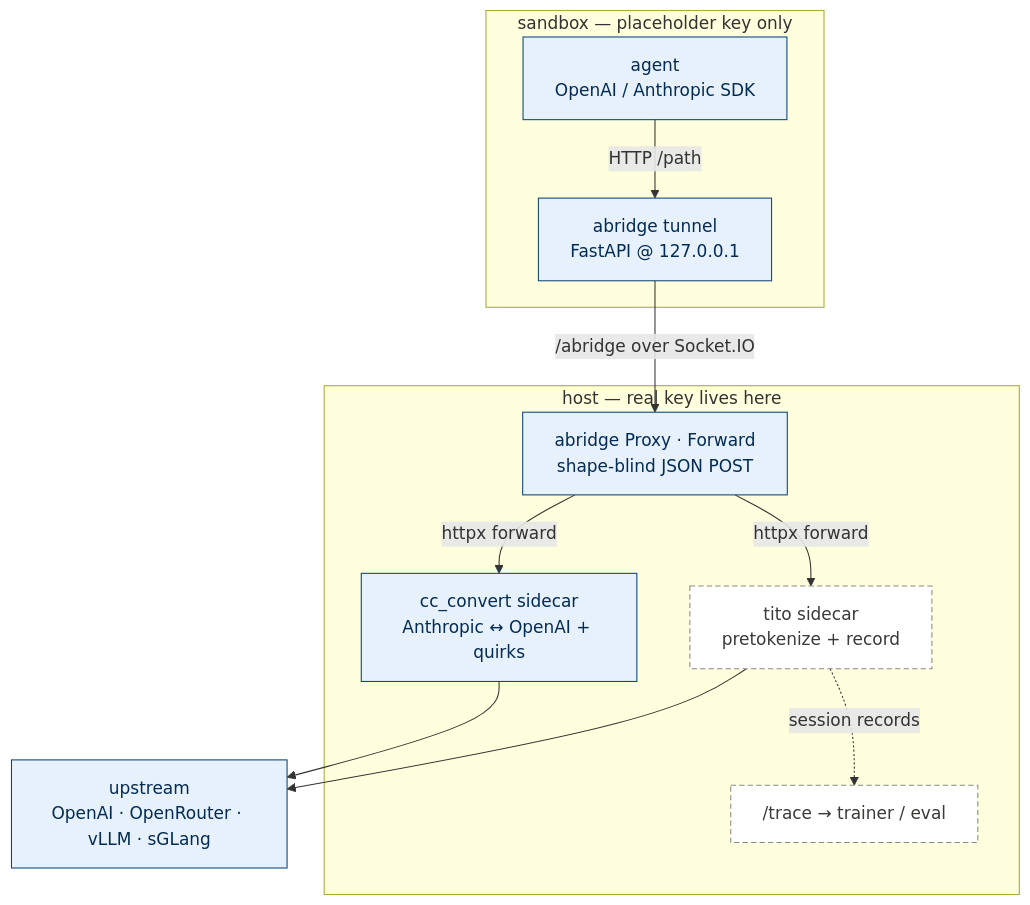
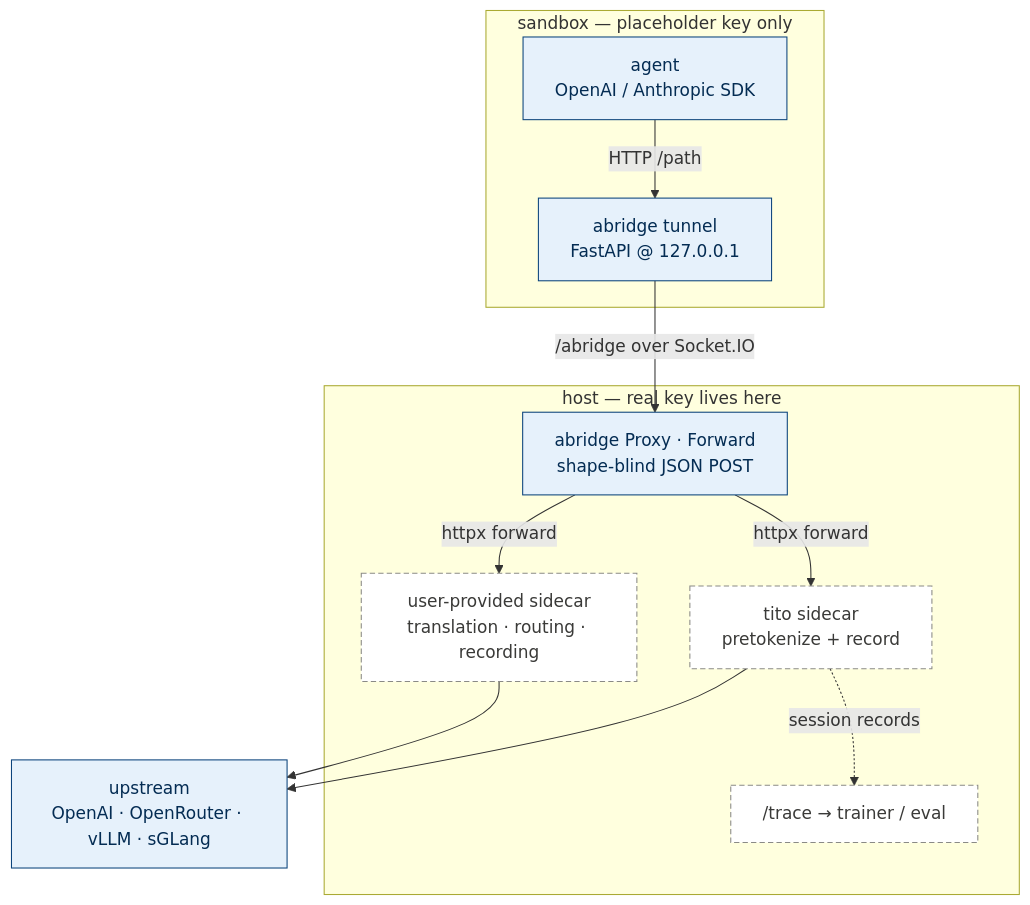
The diagram in plugins/abridge/ARCHITECTURE.md (Agentix-Project/Agentix), drawn with Mermaid before and after one commit. The commit also changed other lines of this file and 6 other files, not shown here.

Commit message:
abridge: split cc_convert preset from generic sidecar

````diff
--- a/plugins/abridge/ARCHITECTURE.md
+++ b/plugins/abridge/ARCHITECTURE.md
@@ -15,29 +15,29 @@
 ```mermaid
 flowchart TB
   subgraph sb["sandbox — placeholder key only"]
     agent["agent<br/>OpenAI / Anthropic SDK"]
     tunnel["abridge tunnel<br/>FastAPI @ 127.0.0.1"]
   end
 
   subgraph hs["host — real key lives here"]
     proxy["abridge Proxy · Forward<br/>shape-blind JSON POST"]
-    cc["cc_convert sidecar<br/>Anthropic ↔ OpenAI + quirks"]
+    gateway["user-provided sidecar<br/>translation · routing · recording"]
     tito["tito sidecar<br/>pretokenize + record"]
     trace["/trace → trainer / eval"]
   end
 
   up["upstream<br/>OpenAI · OpenRouter · vLLM · sGLang"]
 
   agent -->|"HTTP /path"| tunnel
   tunnel -->|"/abridge over Socket.IO"| proxy
-  proxy -->|"httpx forward"| cc
+  proxy -->|"httpx forward"| gateway
   proxy -->|"httpx forward"| tito
-  cc --> up
+  gateway --> up
   tito --> up
   tito -. "session records" .-> trace
 
   classDef built fill:#E6F1FB,stroke:#0C447C,color:#042C53;
   classDef planned fill:#ffffff,stroke:#8a8a86,stroke-dasharray:5 3,color:#3a3a38;
-  class agent,tunnel,proxy,cc,up built;
-  class tito,trace planned;
+  class agent,tunnel,proxy,up built;
+  class gateway,tito,trace planned;
 ```
````
